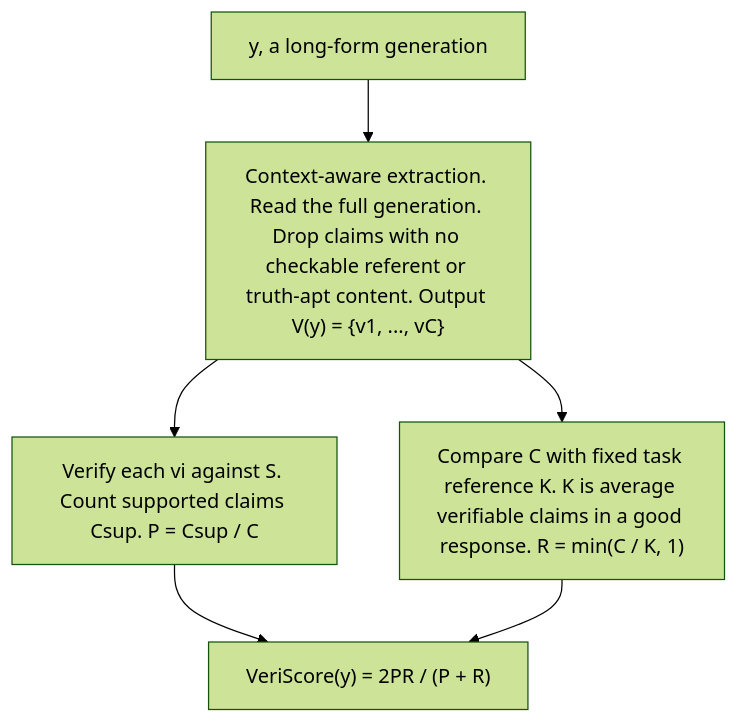
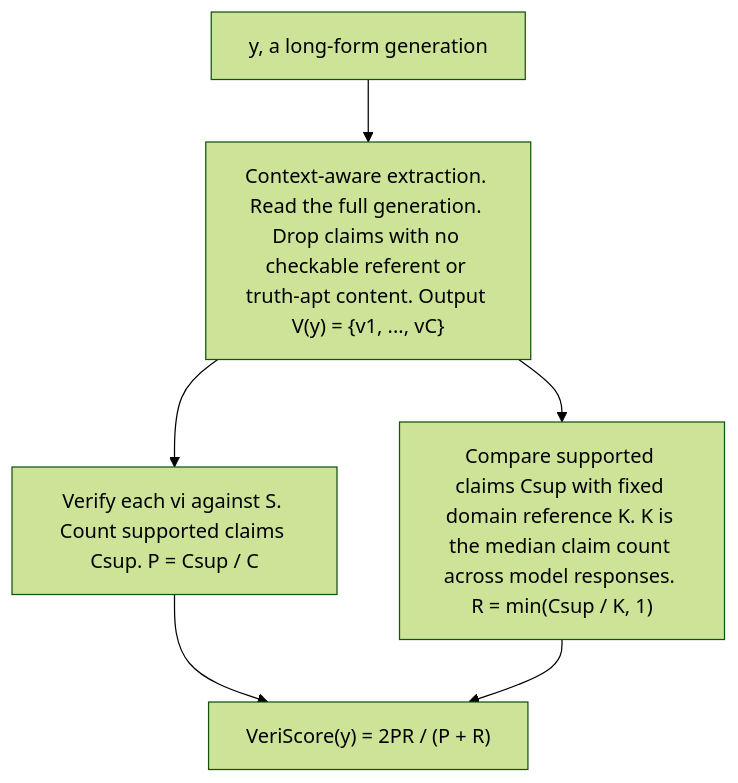
The third of 4 diagrams in chapters/33_evaluating_generation.md (arunshar/rag-interview-chapters), drawn with Mermaid (forest theme) before and after one commit. The commit also changed other lines of this file and 132 other files, not shown here.

````diff
--- a/chapters/33_evaluating_generation.md
+++ b/chapters/33_evaluating_generation.md
@@ -719,13 +719,13 @@
 ```mermaid
 flowchart TD
     Y["y, a long-form generation"]
     X["Context-aware extraction. Read the full generation. Drop claims with no checkable referent or truth-apt content. Output V(y) = {v1, ..., vC}"]
     P["Verify each vi against S. Count supported claims Csup. P = Csup / C"]
-    R["Compare C with fixed task reference K. K is average verifiable claims in a good response. R = min(C / K, 1)"]
+    R["Compare supported claims Csup with fixed domain reference K. K is the median claim count across model responses. R = min(Csup / K, 1)"]
     V["VeriScore(y) = 2PR / (P + R)"]
     Y --> X
     X --> P
     X --> R
     P --> V
     R --> V
 ```
````
